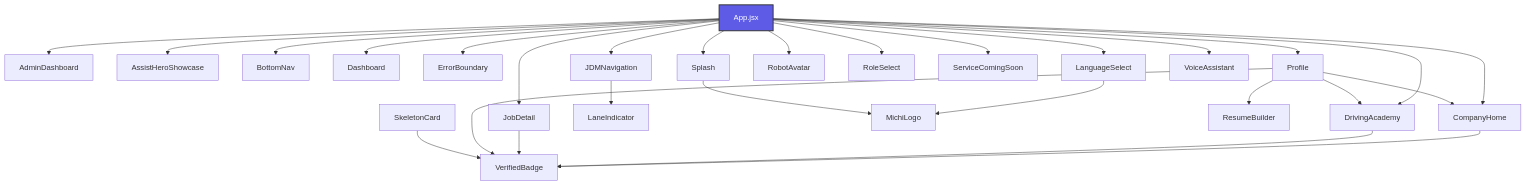
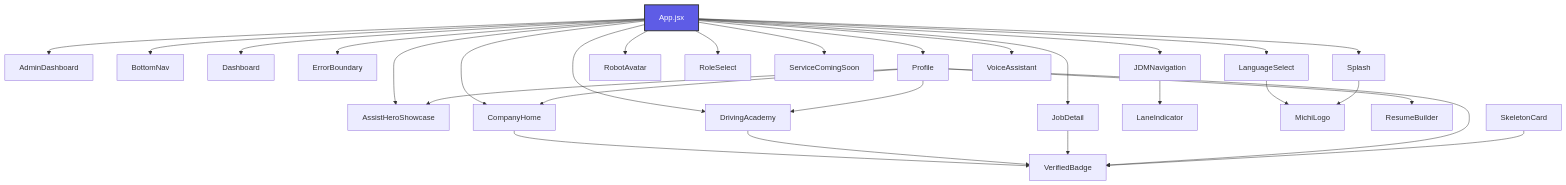
The diagram in codebase_map.md (farruxon9-cloud/web-michi-app), drawn with Mermaid before and after one commit. The commit also changed other lines of this file and 1 other file, not shown here.

Commit message:
feat(profile): connect AI card in Platforma haqida to full AssistHeroShowcase page with video animation and live simulator on b1 branch

````diff
--- a/codebase_map.md
+++ b/codebase_map.md
@@ -20,33 +20,34 @@
 ```mermaid
 graph TD
   App[App.jsx]
   App --> AdminDashboard
   App --> AssistHeroShowcase
   App --> BottomNav
   App --> CompanyHome
   App --> Dashboard
   App --> DrivingAcademy
   App --> ErrorBoundary
   App --> JDMNavigation
   App --> JobDetail
   App --> LanguageSelect
   App --> Profile
   App --> RobotAvatar
   App --> RoleSelect
   App --> ServiceComingSoon
   App --> Splash
   App --> VoiceAssistant
   CompanyHome --> VerifiedBadge
   DrivingAcademy --> VerifiedBadge
   JDMNavigation --> LaneIndicator
   JobDetail --> VerifiedBadge
   LanguageSelect --> MichiLogo
+  Profile --> AssistHeroShowcase
   Profile --> CompanyHome
   Profile --> DrivingAcademy
   Profile --> ResumeBuilder
   Profile --> VerifiedBadge
   SkeletonCard --> VerifiedBadge
   Splash --> MichiLogo
   
   style App fill:#5E5CE6,stroke:#333,stroke-width:2px,color:#fff
 ```
````
